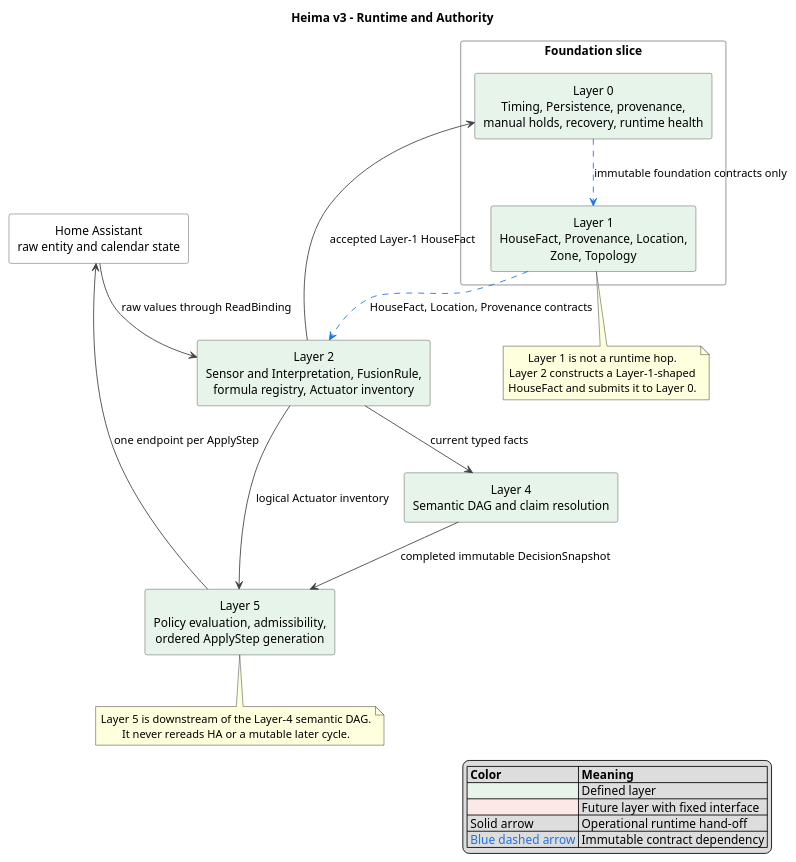
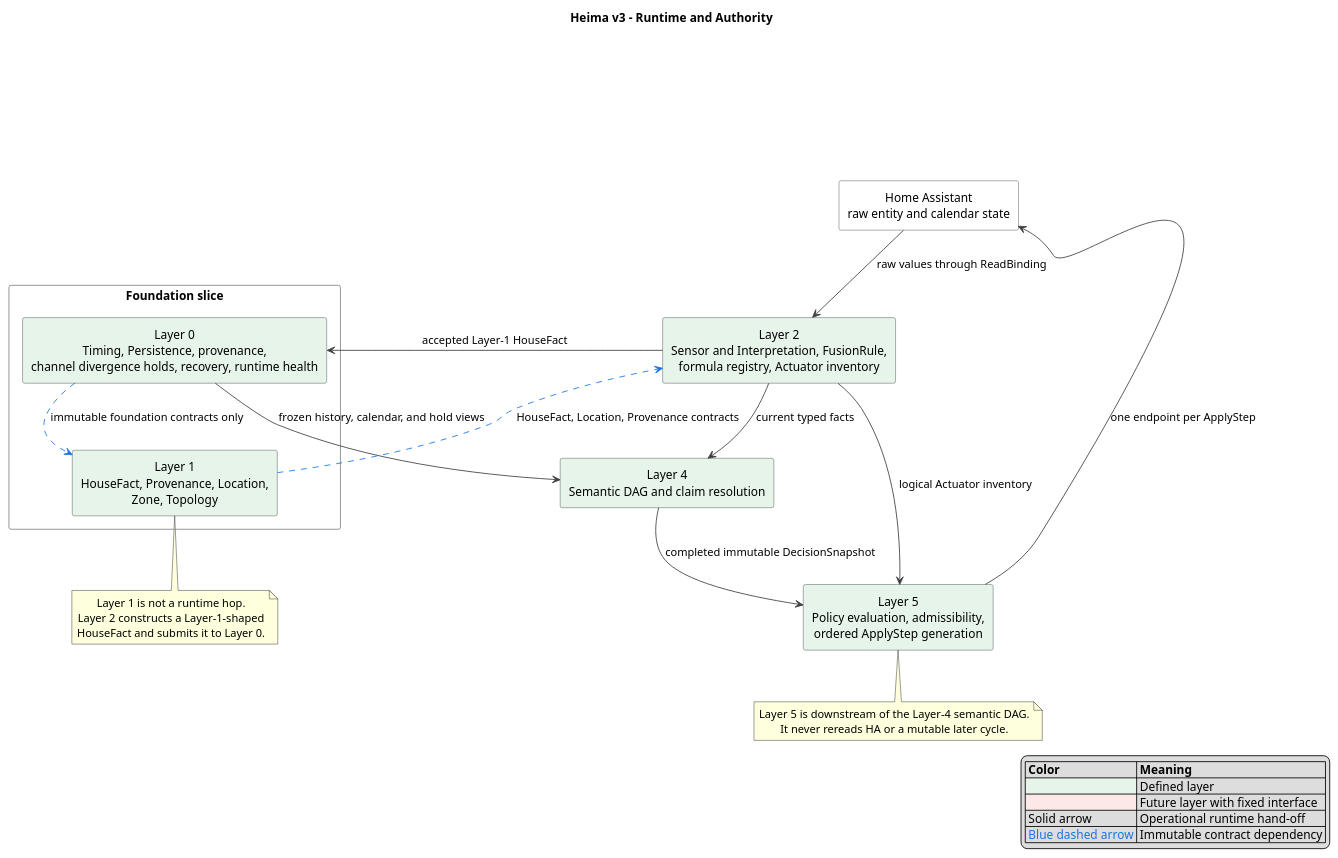
Before and after one commit to heima-labs/ha-heima-core: the diagram in docs/specs/v3/architecture_runtime_authority.puml, drawn with PlantUML. The commit also changed 53 other files, not shown here.

```diff
--- a/docs/specs/v3/architecture_runtime_authority.puml
+++ b/docs/specs/v3/architecture_runtime_authority.puml
@@ -1,52 +1,53 @@
 @startuml
 title Heima v3 - Runtime and Authority
 top to bottom direction
 
 skinparam shadowing false
 skinparam componentStyle rectangle
 skinparam packageStyle rectangle
 skinparam defaultTextAlignment center
 skinparam ArrowColor #3C4043
 skinparam componentBorderColor #3C4043
 skinparam packageBorderColor #80868B
 
 component "Home Assistant\nraw entity and calendar state" as HA #FFFFFF
 
 package "Foundation slice" {
-  component "Layer 0\nTiming, Persistence, provenance,\nmanual holds, recovery, runtime health" as L0 #E6F4EA
+  component "Layer 0\nTiming, Persistence, provenance,\nchannel divergence holds, recovery, runtime health" as L0 #E6F4EA
   component "Layer 1\nHouseFact, Provenance, Location,\nZone, Topology" as L1 #E6F4EA
 }
 
 component "Layer 2\nSensor and Interpretation, FusionRule,\nformula registry, Actuator inventory" as L2 #E6F4EA
 component "Layer 4\nSemantic DAG and claim resolution" as L4 #E6F4EA
 component "Layer 5\nPolicy evaluation, admissibility,\nordered ApplyStep generation" as L5 #E6F4EA
 
 HA --> L2 : raw values through ReadBinding
 L2 --> L0 : accepted Layer-1 HouseFact
 L2 --> L4 : current typed facts
 L2 --> L5 : logical Actuator inventory
+L0 --> L4 : frozen history, calendar, and hold views
 L4 --> L5 : completed immutable DecisionSnapshot
 L5 --> HA : one endpoint per ApplyStep
 
 L0 -[#1A73E8,dashed]-> L1 : immutable foundation contracts only
 L1 -[#1A73E8,dashed]-> L2 : HouseFact, Location, Provenance contracts
 
 note bottom of L1
   Layer 1 is not a runtime hop.
   Layer 2 constructs a Layer-1-shaped
   HouseFact and submits it to Layer 0.
 end note
 
 note bottom of L5
   Layer 5 is downstream of the Layer-4 semantic DAG.
   It never rereads HA or a mutable later cycle.
 end note
 
 legend right
   |= Color |= Meaning |
   |<#E6F4EA> | Defined layer |
   |<#FCE8E6> | Future layer with fixed interface |
   | Solid arrow | Operational runtime hand-off |
   | <color:#1A73E8>Blue dashed arrow</color> | Immutable contract dependency |
 endlegend
 @enduml
```
